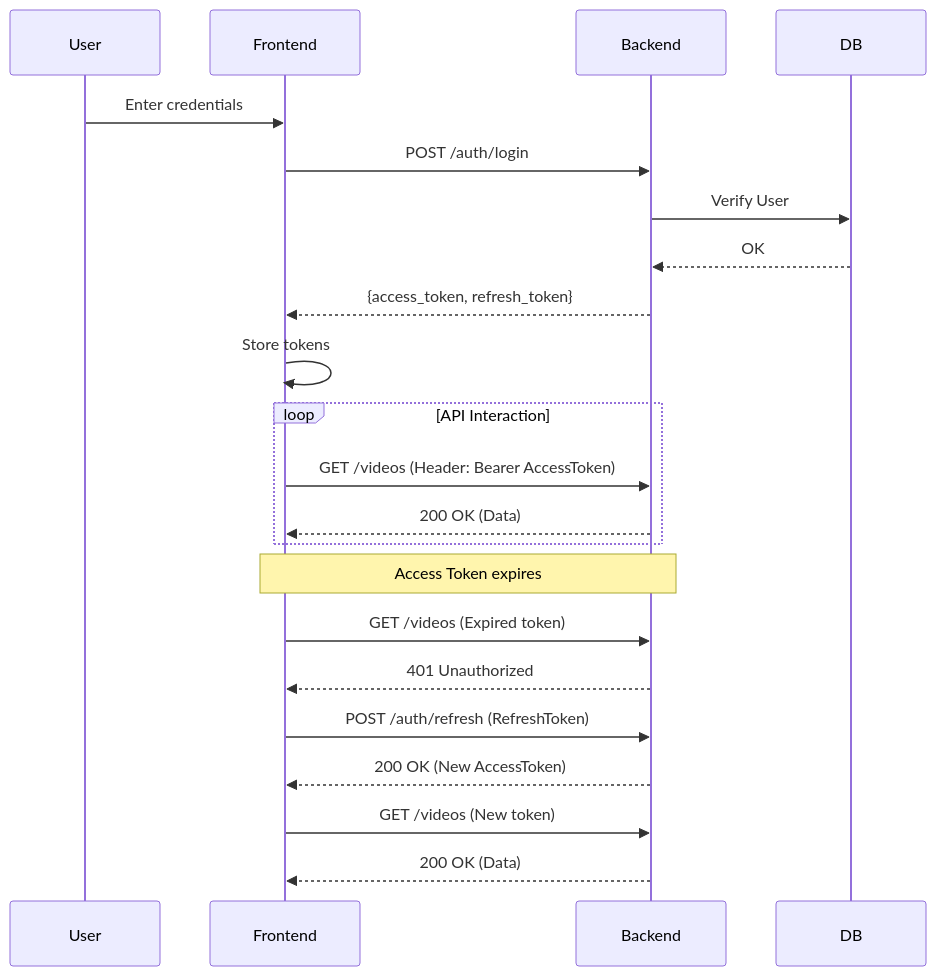
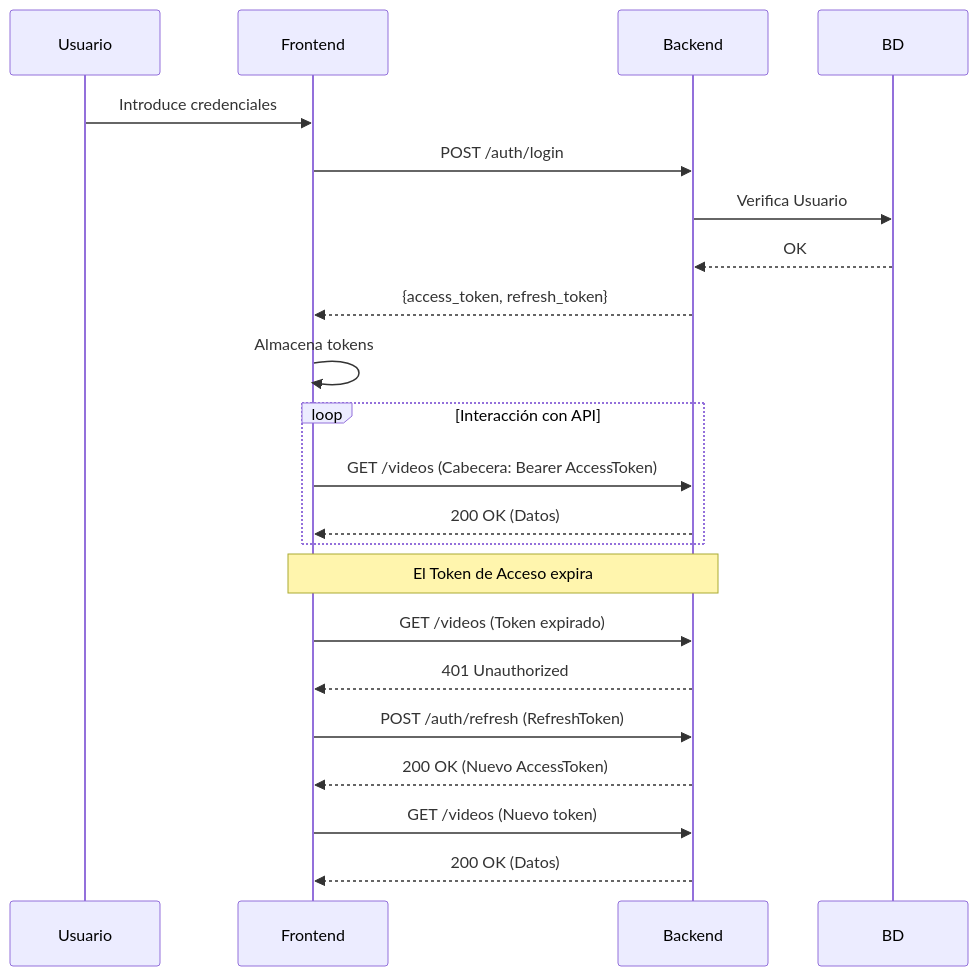
The diagram in docs/AUTHENTICATION_SYSTEM.md (gsannchez/Automatizations_APP), drawn with Mermaid before and after one commit. The commit also changed other lines of this file and 9 other files, not shown here.

````diff
--- a/docs/AUTHENTICATION_SYSTEM.md
+++ b/docs/AUTHENTICATION_SYSTEM.md
@@ -37,27 +37,27 @@
 ```mermaid
 sequenceDiagram
-    participant User
+    participant Usuario
     participant Frontend
     participant Backend
-    participant DB
+    participant BD
 
-    User->>Frontend: Enter credentials
+    Usuario->>Frontend: Introduce credenciales
     Frontend->>Backend: POST /auth/login
-    Backend->>DB: Verify User
-    DB-->>Backend: OK
+    Backend->>BD: Verifica Usuario
+    BD-->>Backend: OK
     Backend-->>Frontend: {access_token, refresh_token}
-    Frontend->>Frontend: Store tokens
+    Frontend->>Frontend: Almacena tokens
 
-    loop API Interaction
-        Frontend->>Backend: GET /videos (Header: Bearer AccessToken)
-        Backend-->>Frontend: 200 OK (Data)
+    loop Interacción con API
+        Frontend->>Backend: GET /videos (Cabecera: Bearer AccessToken)
+        Backend-->>Frontend: 200 OK (Datos)
     end
 
-    Note over Frontend,Backend: Access Token expires
-    Frontend->>Backend: GET /videos (Expired token)
+    Note over Frontend,Backend: El Token de Acceso expira
+    Frontend->>Backend: GET /videos (Token expirado)
     Backend-->>Frontend: 401 Unauthorized
     Frontend->>Backend: POST /auth/refresh (RefreshToken)
-    Backend-->>Frontend: 200 OK (New AccessToken)
-    Frontend->>Backend: GET /videos (New token)
-    Backend-->>Frontend: 200 OK (Data)
+    Backend-->>Frontend: 200 OK (Nuevo AccessToken)
+    Frontend->>Backend: GET /videos (Nuevo token)
+    Backend-->>Frontend: 200 OK (Datos)
 ```
````
